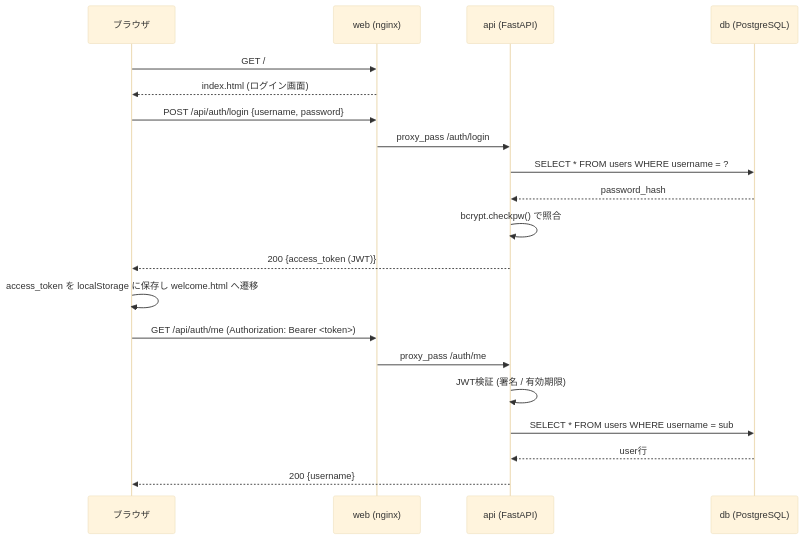
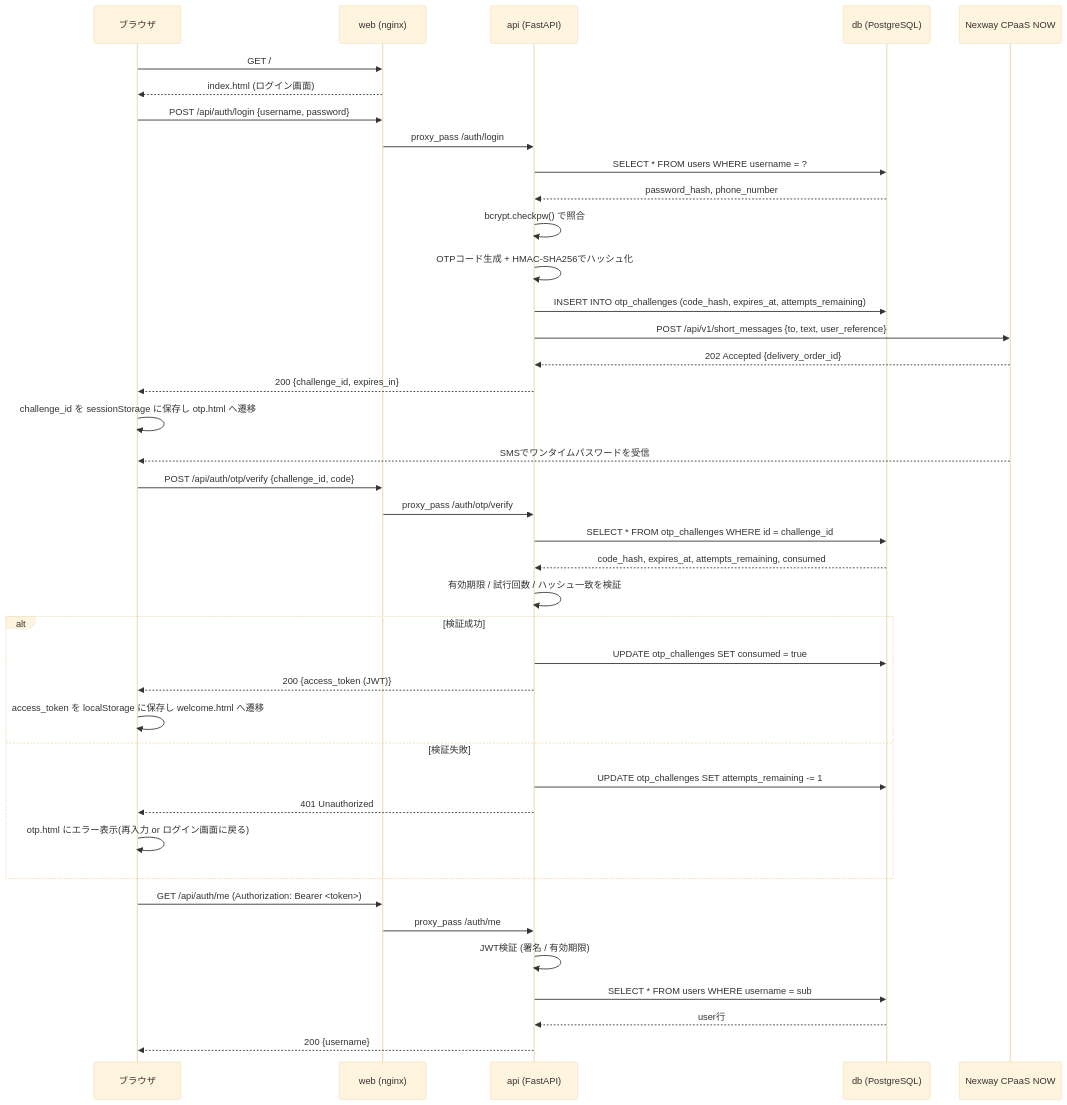
One commit to Fu11erene/ip3-hackathon changed the second of 2 diagrams in README.md. Above: the diagram before and after it, drawn with Mermaid (base theme). The commit also changed other lines of this file, not shown here.

````diff
--- a/README.md
+++ b/README.md
@@ -33,25 +36,47 @@
 ```mermaid
 sequenceDiagram
     participant U as ブラウザ
     participant W as web (nginx)
     participant A as api (FastAPI)
     participant D as db (PostgreSQL)
+    participant N as Nexway CPaaS NOW
 
     U->>W: GET /
     W-->>U: index.html (ログイン画面)
 
     U->>W: POST /api/auth/login {username, password}
     W->>A: proxy_pass /auth/login
     A->>D: SELECT * FROM users WHERE username = ?
-    D-->>A: password_hash
+    D-->>A: password_hash, phone_number
     A->>A: bcrypt.checkpw() で照合
-    A-->>U: 200 {access_token (JWT)}
-    U->>U: access_token を localStorage に保存し welcome.html へ遷移
+    A->>A: OTPコード生成 + HMAC-SHA256でハッシュ化
+    A->>D: INSERT INTO otp_challenges (code_hash, expires_at, attempts_remaining)
+    A->>N: POST /api/v1/short_messages {to, text, user_reference}
+    N-->>A: 202 Accepted {delivery_order_id}
+    A-->>U: 200 {challenge_id, expires_in}
+    U->>U: challenge_id を sessionStorage に保存し otp.html へ遷移
+
+    N-->>U: SMSでワンタイムパスワードを受信
+
+    U->>W: POST /api/auth/otp/verify {challenge_id, code}
+    W->>A: proxy_pass /auth/otp/verify
+    A->>D: SELECT * FROM otp_challenges WHERE id = challenge_id
+    D-->>A: code_hash, expires_at, attempts_remaining, consumed
+    A->>A: 有効期限 / 試行回数 / ハッシュ一致を検証
+    alt 検証成功
+        A->>D: UPDATE otp_challenges SET consumed = true
+        A-->>U: 200 {access_token (JWT)}
+        U->>U: access_token を localStorage に保存し welcome.html へ遷移
+    else 検証失敗
+        A->>D: UPDATE otp_challenges SET attempts_remaining -= 1
+        A-->>U: 401 Unauthorized
+        U->>U: otp.html にエラー表示(再入力 or ログイン画面に戻る)
+    end
 
     U->>W: GET /api/auth/me (Authorization: Bearer <token>)
     W->>A: proxy_pass /auth/me
     A->>A: JWT検証 (署名 / 有効期限)
     A->>D: SELECT * FROM users WHERE username = sub
     D-->>A: user行
     A-->>U: 200 {username}
 ```
````
